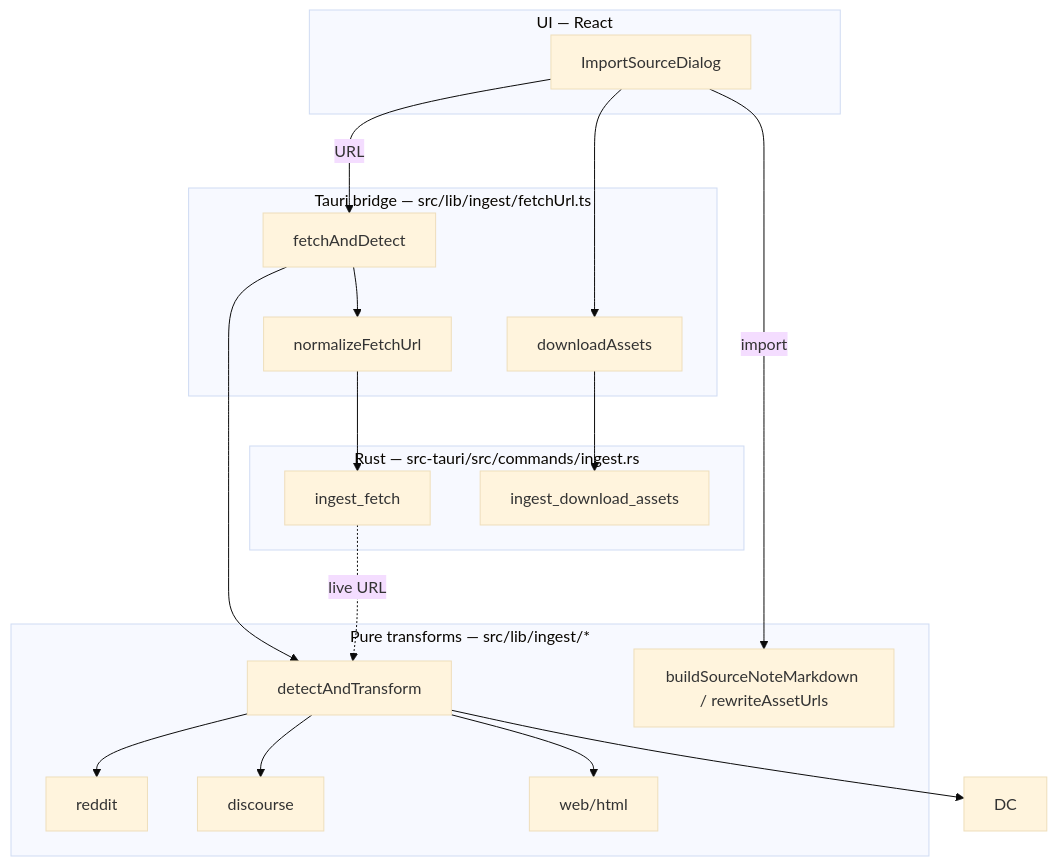
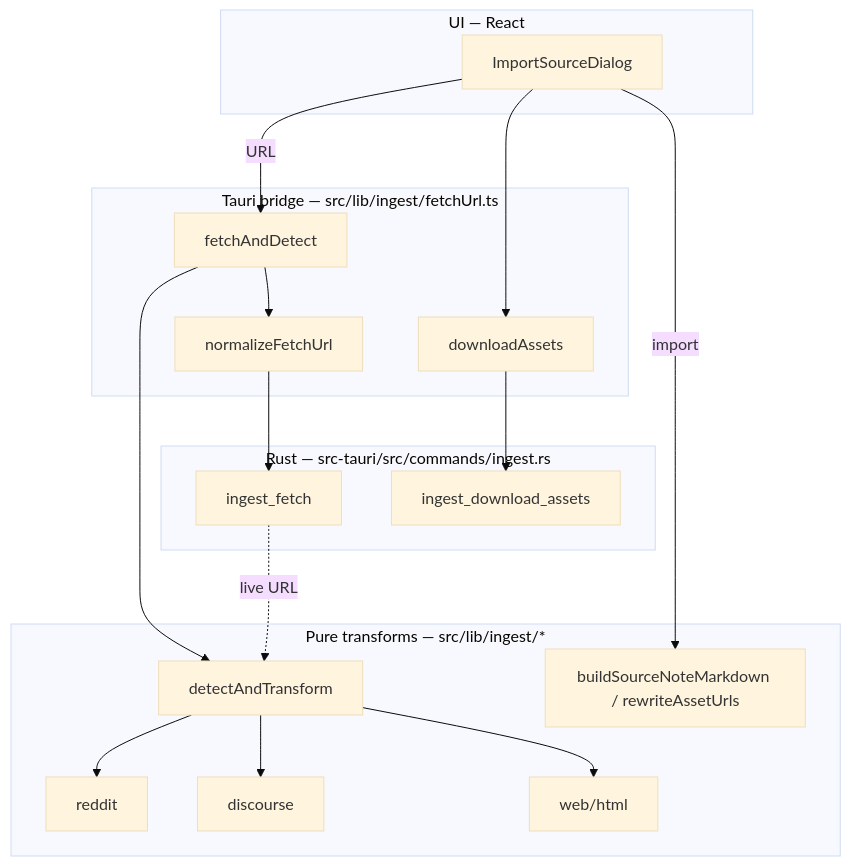
Before and after one commit to bionorthtech/Grover-Notes: the diagram in docs/INGEST.md, drawn with Mermaid (base theme). The commit also changed 1 other file, not shown here.

Commit message:
fix: drop dangling Discord node from the ingest diagram
Removing Discord left `DC` referenced in the INGEST.md mermaid flow
without a node definition, so the diagram rendered a stray empty node.
Also removes a duplicated assertion left behind in the fetchUrl invoke
test.

Claude-Session: https://claude.ai/code/session_01Fa3UXmhfSWDEDaiszBC6pJ

````diff
--- a/docs/INGEST.md
+++ b/docs/INGEST.md
@@ -102,25 +102,25 @@
 ```mermaid
 flowchart TD
     subgraph UI["UI — React"]
         D[ImportSourceDialog]
     end
     subgraph Bridge["Tauri bridge — src/lib/ingest/fetchUrl.ts"]
         F[fetchAndDetect]
         DL[downloadAssets]
         N[normalizeFetchUrl]
     end
     subgraph Pure["Pure transforms — src/lib/ingest/*"]
         DT[detectAndTransform]
         R[reddit] & DQ[discourse] & W[web/html]
         SRC[buildSourceNoteMarkdown / rewriteAssetUrls]
     end
     subgraph Rust["Rust — src-tauri/src/commands/ingest.rs"]
         IF[ingest_fetch]
         IDA[ingest_download_assets]
     end
     D -->|URL| F --> N --> IF
-    F --> DT --> R & DC & DQ & W
+    F --> DT --> R & DQ & W
     D -->|import| SRC
     D --> DL --> IDA
     IF -.live URL.-> DT
 ```
````
